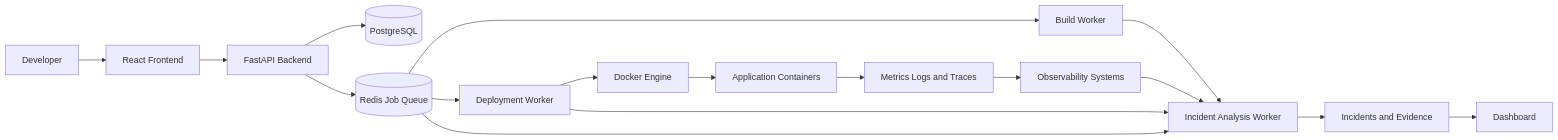
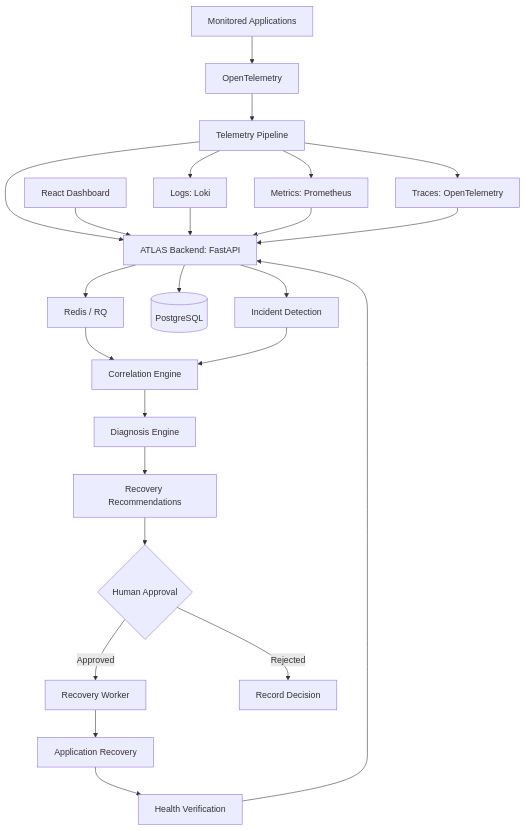
Before and after one commit to Sanjay1766/ATLAS: the diagram in docs/architecture/README.md, drawn with Mermaid. The commit also changed other lines of this file and 4 other files, not shown here.

Commit message:
Document ATLAS architecture and engineering principles

````diff
--- a/docs/architecture/README.md
+++ b/docs/architecture/README.md
@@ -11,19 +13,31 @@
 ```mermaid
-flowchart LR
-    Developer --> Frontend[React Frontend]
-    Frontend --> Backend[FastAPI Backend]
+flowchart TD
+
+    Applications[Monitored Applications] --> OpenTelemetry[OpenTelemetry]
+    OpenTelemetry --> Pipeline[Telemetry Pipeline]
+
+    Pipeline --> Loki[Logs: Loki]
+    Pipeline --> Prometheus[Metrics: Prometheus]
+    Pipeline --> Traces[Traces: OpenTelemetry]
+    Pipeline --> Backend[ATLAS Backend: FastAPI]
+    Dashboard[React Dashboard] --> Backend
+
+    Loki --> Backend
+    Prometheus --> Backend
+    Traces --> Backend
+
+    Backend --> IncidentDetection[Incident Detection]
     Backend --> PostgreSQL[(PostgreSQL)]
-    Backend --> Redis[(Redis Job Queue)]
-    Redis --> BuildWorker[Build Worker]
-    Redis --> DeployWorker[Deployment Worker]
-    Redis --> IncidentWorker[Incident Analysis Worker]
-    DeployWorker --> Docker[Docker Engine]
-    Docker --> Containers[Application Containers]
-    Containers --> Signals[Metrics Logs and Traces]
-    Signals --> Observability[Observability Systems]
-    Observability --> IncidentWorker
-    BuildWorker --> IncidentWorker
-    DeployWorker --> IncidentWorker
-    IncidentWorker --> Incidents[Incidents and Evidence]
-    Incidents --> Dashboard[Dashboard]
+    Backend --> Redis[Redis / RQ]
+    Redis --> Correlation[Correlation Engine]
+    IncidentDetection --> Correlation
+    Correlation --> Diagnosis[Diagnosis Engine]
+    Diagnosis --> Recommendations[Recovery Recommendations]
+    Recommendations --> Approval{Human Approval}
+
+    Approval -->|Approved| RecoveryWorker[Recovery Worker]
+    Approval -->|Rejected| Decision[Record Decision]
+    RecoveryWorker --> Recovery[Application Recovery]
+    Recovery --> Health[Health Verification]
+    Health --> Backend
 ```
````
